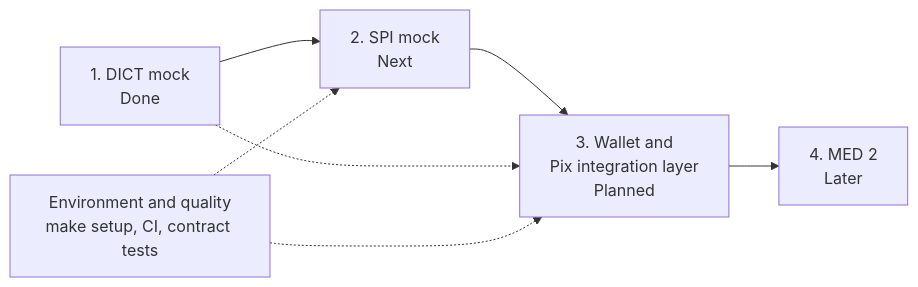
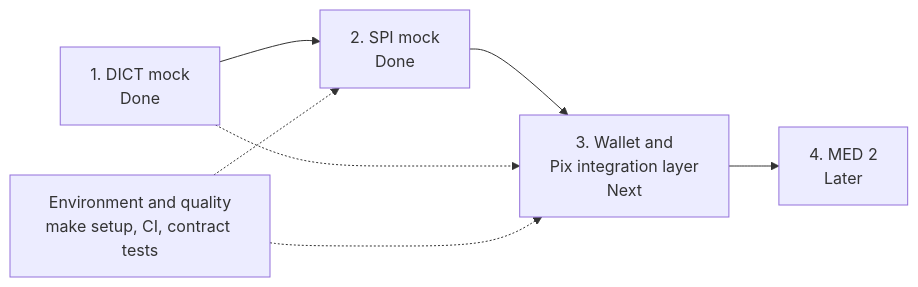
The diagram in docs/roadmap.md (piovani/pix_fake), drawn with Mermaid before and after one commit. The commit also changed other lines of this file and 6 other files, not shown here.

Commit message:
test: add the closing test for the DICT and SPI mocks together

````diff
--- a/docs/roadmap.md
+++ b/docs/roadmap.md
@@ -11,9 +11,9 @@
 ```mermaid
 flowchart LR
-    P1["1. DICT mock<br/>Done"] --> P2["2. SPI mock<br/>Next"]
-    P2 --> P3["3. Wallet and<br/>Pix integration layer<br/>Planned"]
+    P1["1. DICT mock<br/>Done"] --> P2["2. SPI mock<br/>Done"]
+    P2 --> P3["3. Wallet and<br/>Pix integration layer<br/>Next"]
     P3 --> P4["4. MED 2<br/>Later"]
     P1 -.-> P3
     X["Environment and quality<br/>make setup, CI, contract tests"] -.-> P2
     X -.-> P3
 ```
````
